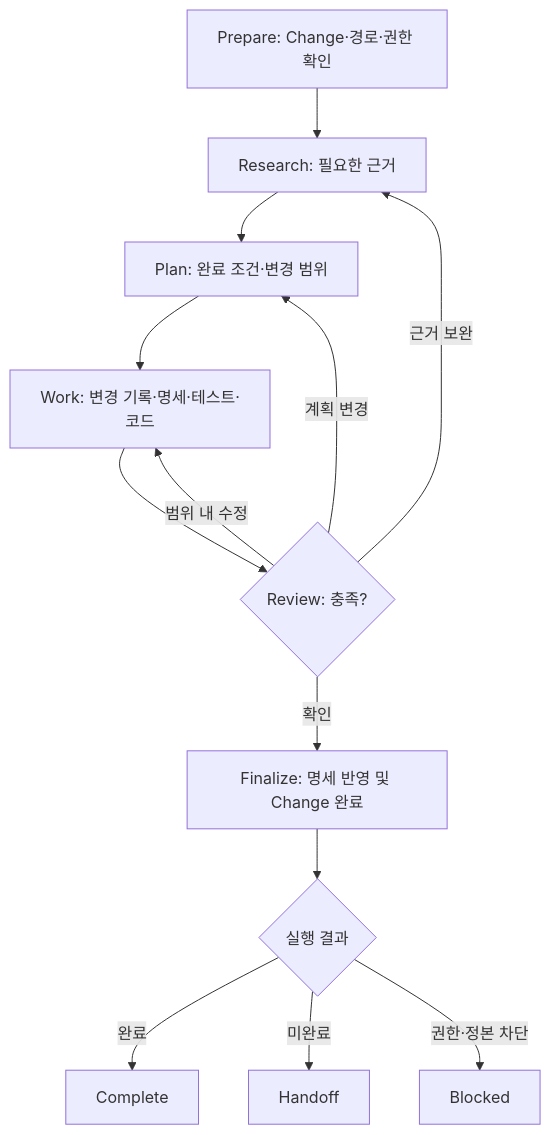
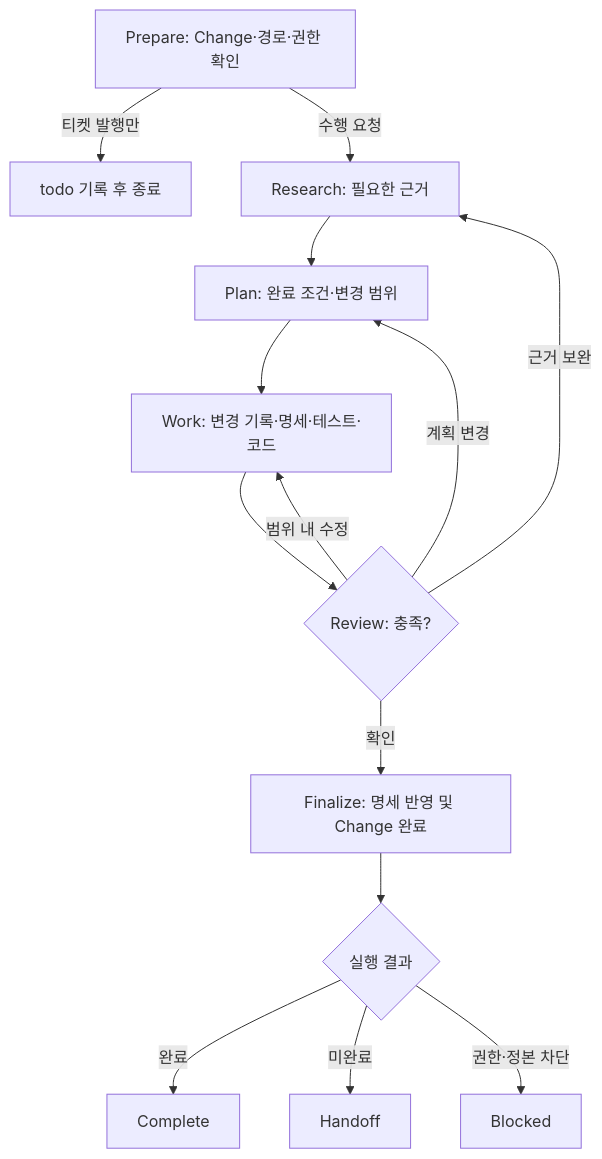
The diagram in src/rulesync/.rulesync/skills/mols-stdd/references/default-workflow.md (mols3131d/mols-agent-assets), drawn with Mermaid before and after one commit.

Commit message:
docs(stdd): 발행 전용 종료 경로 표시

````diff
--- a/src/rulesync/.rulesync/skills/mols-stdd/references/default-workflow.md
+++ b/src/rulesync/.rulesync/skills/mols-stdd/references/default-workflow.md
@@ -5,15 +5,16 @@
 ```mermaid
 flowchart TD
-    A["Prepare: Change·경로·권한 확인"] --> B["Research: 필요한 근거"]
+    A["Prepare: Change·경로·권한 확인"] -->|"티켓 발행만"| K["todo 기록 후 종료"]
+    A -->|"수행 요청"| B["Research: 필요한 근거"]
     B --> C["Plan: 완료 조건·변경 범위"]
     C --> D["Work: 변경 기록·명세·테스트·코드"]
     D --> E{"Review: 충족?"}
     E -->|"근거 보완"| B
     E -->|"계획 변경"| C
     E -->|"범위 내 수정"| D
     E -->|"확인"| F["Finalize: 명세 반영 및 Change 완료"]
     F --> G{"실행 결과"}
     G -->|"완료"| H["Complete"]
     G -->|"미완료"| I["Handoff"]
     G -->|"권한·정본 차단"| J["Blocked"]
 ```
````
